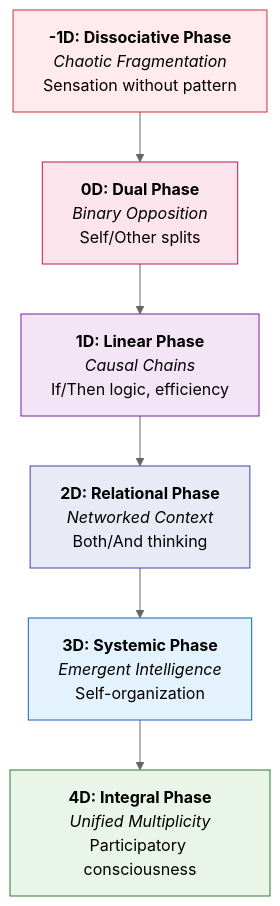
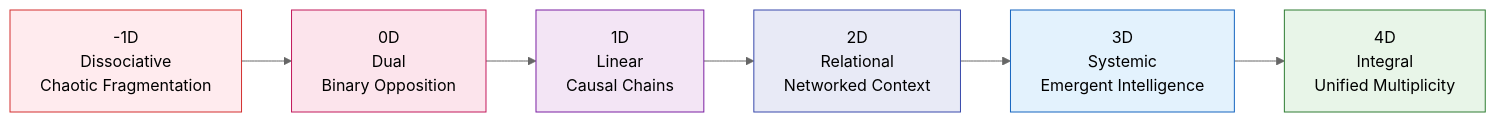
The first of 7 diagrams in framework/core-model/04-temporal-unfolding-dialectical-phases.md (ravaioli/solarpunk-mandala), drawn with Mermaid (neutral theme) before and after one commit. The commit also changed other lines of this file, not shown here.

````diff
--- a/framework/core-model/04-temporal-unfolding-dialectical-phases.md
+++ b/framework/core-model/04-temporal-unfolding-dialectical-phases.md
@@ -35,18 +64,18 @@
 ```mermaid
-flowchart TD
-    A["<b>-1D: Dissociative Phase</b><br><i>Chaotic Fragmentation</i><br>Sensation without pattern"]
-    B["<b>0D: Dual Phase</b><br><i>Binary Opposition</i><br>Self/Other splits"]
-    C["<b>1D: Linear Phase</b><br><i>Causal Chains</i><br>If/Then logic, efficiency"]
-    D["<b>2D: Relational Phase</b><br><i>Networked Context</i><br>Both/And thinking"]
-    E["<b>3D: Systemic Phase</b><br><i>Emergent Intelligence</i><br>Self-organization"]
-    F["<b>4D: Integral Phase</b><br><i>Unified Multiplicity</i><br>Participatory consciousness"]
-
+graph LR
+    A["-1D<br>Dissociative<br>Chaotic Fragmentation"]:::phaseNeg
+    B["0D<br>Dual<br>Binary Opposition"]:::phase0
+    C["1D<br>Linear<br>Causal Chains"]:::phase1
+    D["2D<br>Relational<br>Networked Context"]:::phase2
+    E["3D<br>Systemic<br>Emergent Intelligence"]:::phase3
+    F["4D<br>Integral<br>Unified Multiplicity"]:::phase4
+    
     A --> B --> C --> D --> E --> F
-
-    style A fill:#ffebee,stroke:#d32f2f
-    style B fill:#fce4ec,stroke:#c2185b
-    style C fill:#f3e5f5,stroke:#7b1fa2
-    style D fill:#e8eaf6,stroke:#3949ab
-    style E fill:#e3f2fd,stroke:#1565c0
-    style F fill:#e8f5e8,stroke:#2e7d32
+    
+    classDef phaseNeg fill:#ffebee,stroke:#d32f2f
+    classDef phase0 fill:#fce4ec,stroke:#c2185b
+    classDef phase1 fill:#f3e5f5,stroke:#7b1fa2
+    classDef phase2 fill:#e8eaf6,stroke:#3949ab
+    classDef phase3 fill:#e3f2fd,stroke:#1565c0
+    classDef phase4 fill:#e8f5e8,stroke:#2e7d32
 ```
````
